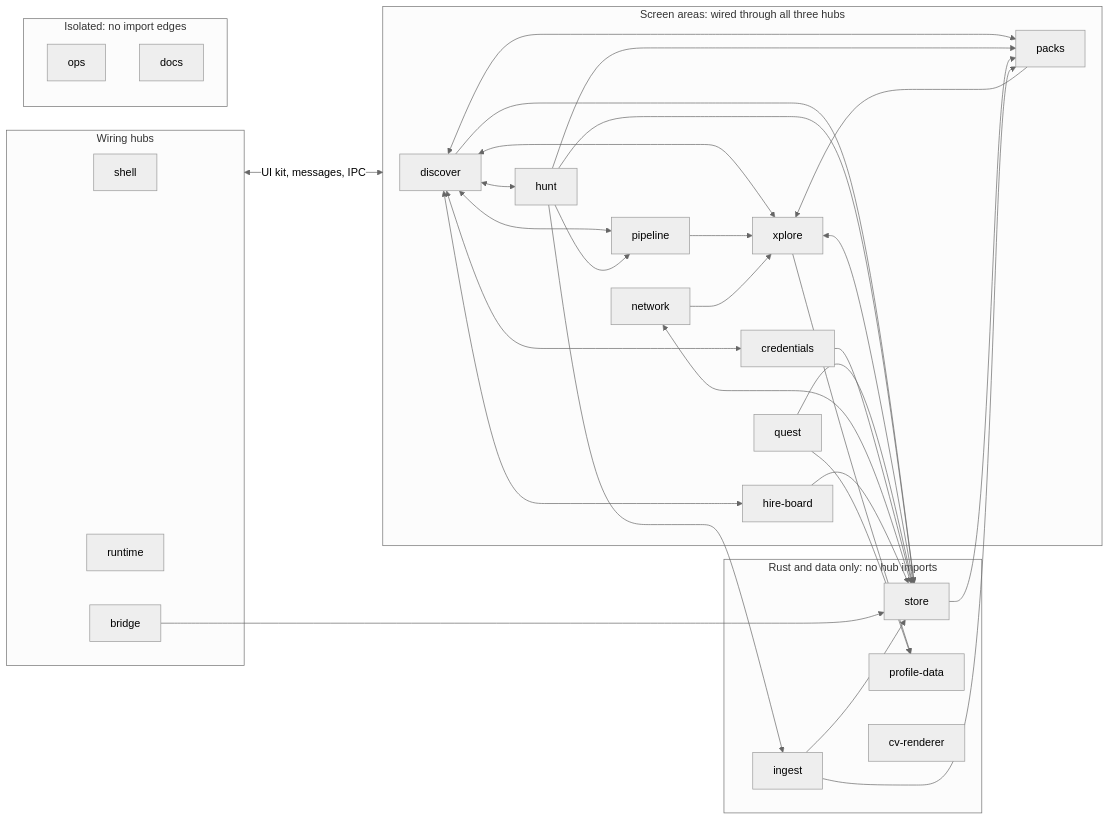
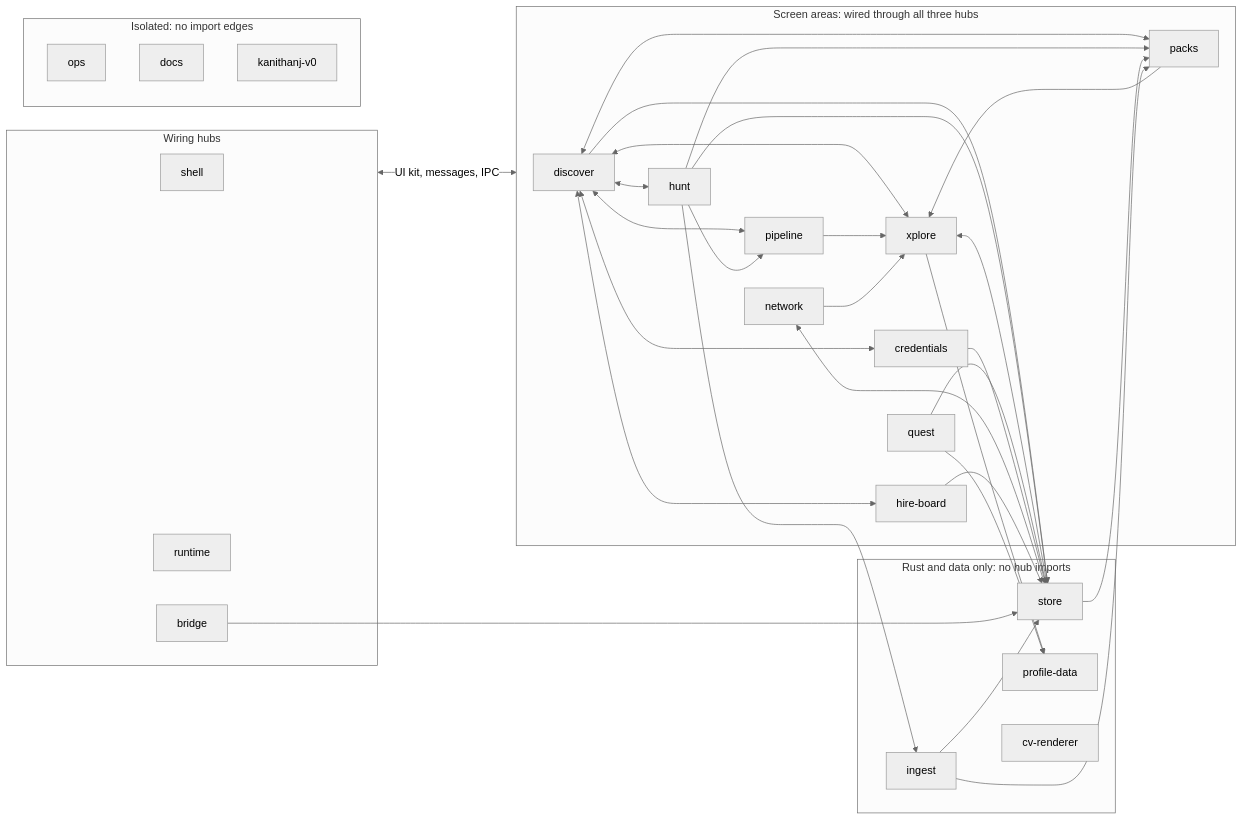
One commit to p10ns11y/collab-finder changed the diagram in docs/ops/AREAS.md. Above: the diagram before and after it, drawn with Mermaid (neutral theme). The commit also changed other lines of this file and 3 other files, not shown here.

````diff
--- a/docs/ops/AREAS.md
+++ b/docs/ops/AREAS.md
@@ -6,57 +6,58 @@
 ```mermaid
 flowchart LR
   subgraph hubs["Wiring hubs"]
     shell
     runtime
     bridge
   end
   subgraph screens["Screen areas: wired through all three hubs"]
     discover
     hunt
     xplore
     pipeline
     quest
     credentials
     packs
     network
     hire_board["hire-board"]
   end
   subgraph rustdata["Rust and data only: no hub imports"]
     store
     ingest
     profile_data["profile-data"]
     cv_renderer["cv-renderer"]
   end
   subgraph alone["Isolated: no import edges"]
     ops
     docs
+    kanithanj_v0["kanithanj-v0"]
   end
 
   hubs <-->|"UI kit, messages, IPC"| screens
 
   bridge --> store
   discover <--> hunt
   discover <--> xplore
   discover <--> pipeline
   discover <--> credentials
   discover <--> packs
   discover <--> hire_board
   discover --> store
   hunt --> pipeline
   hunt --> packs
   hunt --> store
   hunt --> ingest
   pipeline --> xplore
   packs --> xplore
   network --> xplore
   xplore <--> store
   xplore --> profile_data
   quest --> store
   quest --> profile_data
   credentials --> store
   store --> packs
   ingest --> packs
   network <--> store
   hire_board --> store
   ingest --> store
 ```
````
